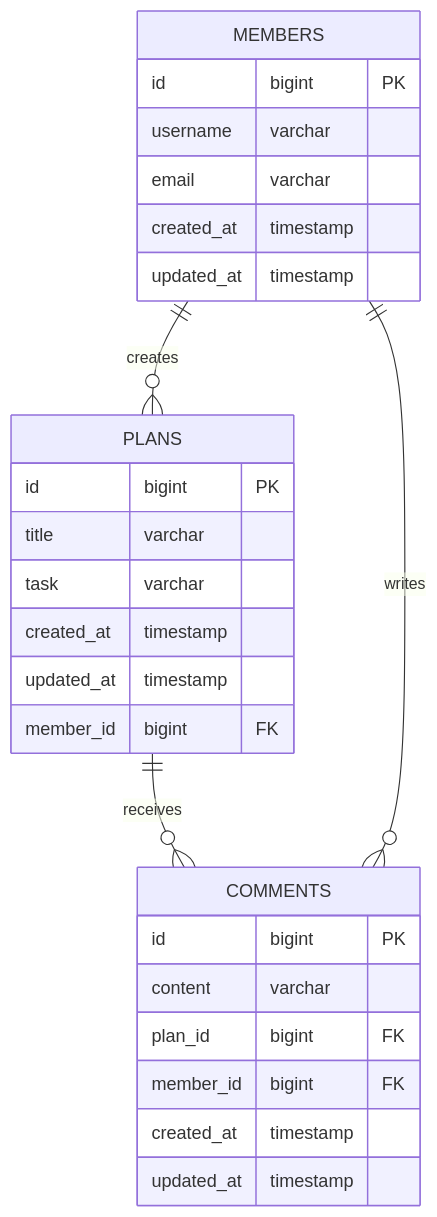
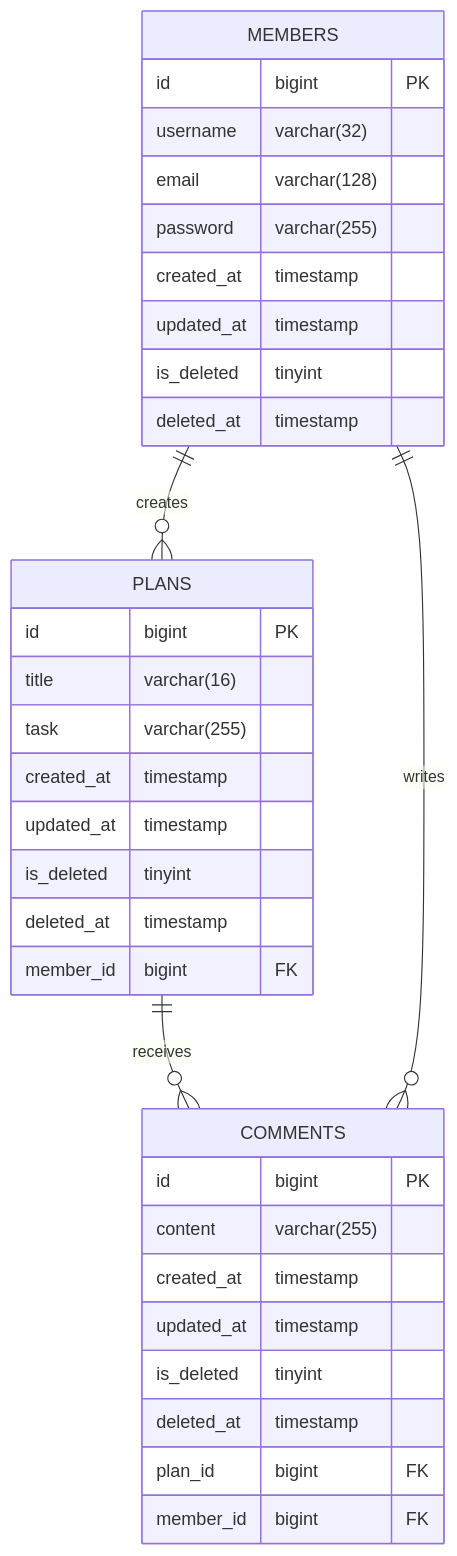
One commit to backswan0/sparta-week3-planner-develop changed the diagram in README.md. Above: the diagram before and after it, drawn with Mermaid. The commit also changed other lines of this file, not shown here.

````diff
--- a/README.md
+++ b/README.md
@@ -22,29 +22,36 @@
 ```mermaid
 erDiagram
     MEMBERS ||--o{ PLANS : creates
     PLANS ||--o{ COMMENTS : receives
     MEMBERS ||--o{ COMMENTS : writes
     MEMBERS {
         id bigint PK
-        username varchar
-        email varchar
+        username varchar(32)
+        email varchar(128)
+        password varchar(255)
         created_at timestamp
         updated_at timestamp
+        is_deleted tinyint
+        deleted_at timestamp
     }
     PLANS {
         id bigint PK
-        title varchar
-        task varchar
+        title varchar(16)
+        task varchar(255)
         created_at timestamp
         updated_at timestamp
+        is_deleted tinyint
+        deleted_at timestamp
         member_id bigint FK
     }
     COMMENTS {
         id bigint PK
-        content varchar
+        content varchar(255)
+        created_at timestamp
+        updated_at timestamp
+        is_deleted tinyint
+        deleted_at timestamp
         plan_id bigint FK
         member_id bigint FK
-        created_at timestamp
-        updated_at timestamp
     }
 ```
````
